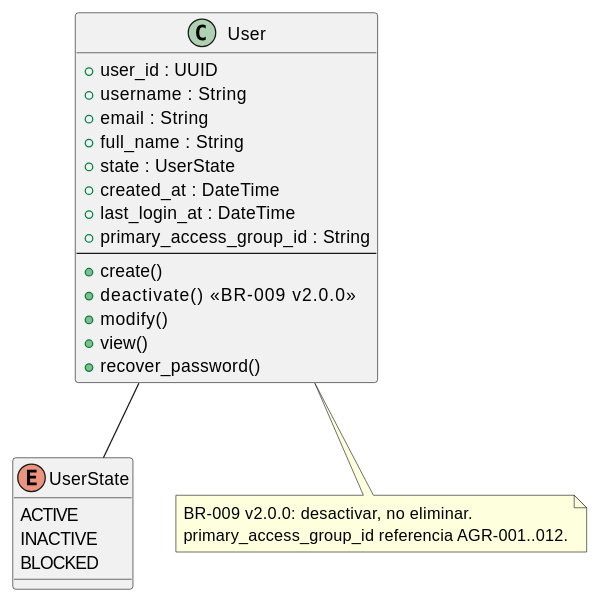
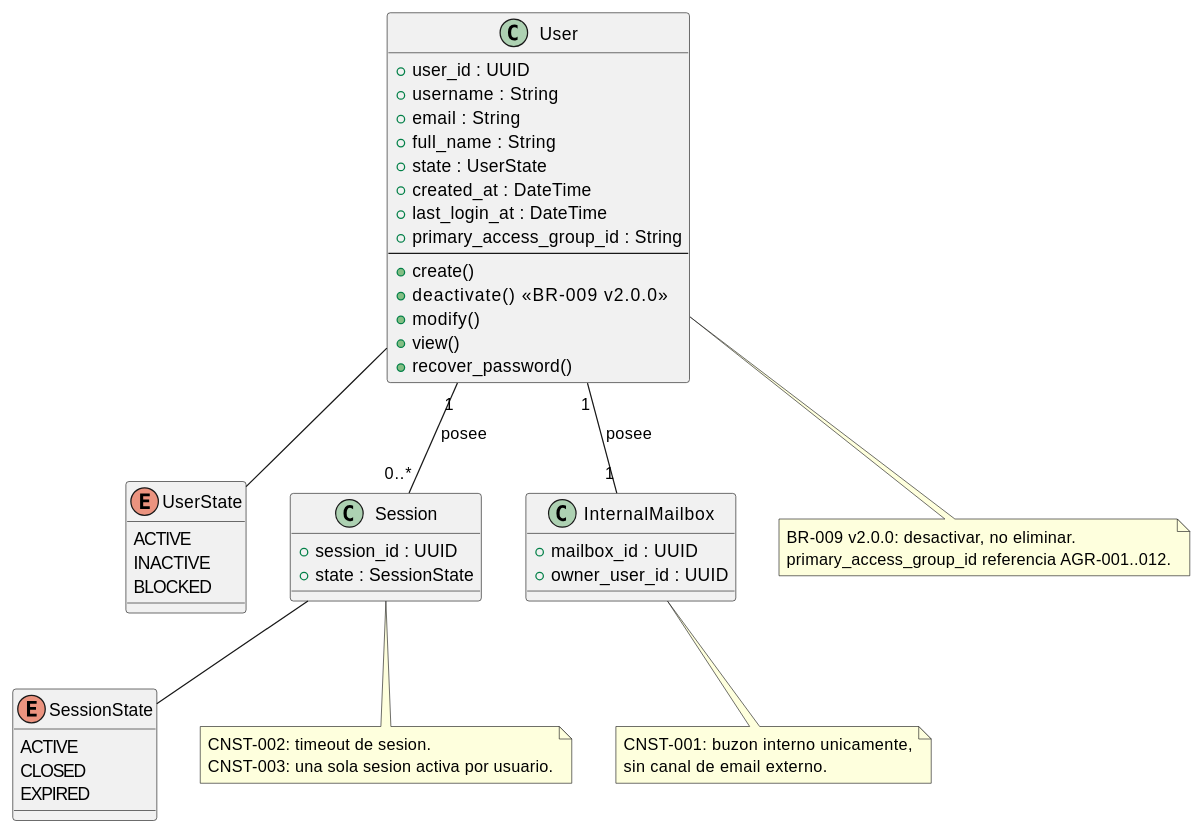
One commit to jcg-admin/IACT-docs changed the diagram in source/arquitectura-tecnica/domain-model/user.rst. Above: the diagram before and after it, drawn with PlantUML. The commit also changed other lines of this file and 51 other files, not shown here.

```diff
--- a/source/arquitectura-tecnica/domain-model/user.rst
+++ b/source/arquitectura-tecnica/domain-model/user.rst
@@ -25,36 +25,65 @@
 .. uml::
  :caption: Clase User — entidad de identidad del sistema IACT.
 
  @startuml
 
  class User {
    + user_id : UUID
    + username : String
    + email : String
    + full_name : String
    + state : UserState
    + created_at : DateTime
    + last_login_at : DateTime
    + primary_access_group_id : String
    --
    + create()
    + deactivate()       <<BR-009 v2.0.0>>
    + modify()
    + view()
    + recover_password()
  }
 
  enum UserState {
    ACTIVE
    INACTIVE
    BLOCKED
  }
 
+ class Session {
+   + session_id : UUID
+   + state : SessionState
+ }
+
+ class InternalMailbox {
+   + mailbox_id : UUID
+   + owner_user_id : UUID
+ }
+
+ enum SessionState {
+   ACTIVE
+   CLOSED
+   EXPIRED
+ }
+
  User -- UserState
+ User "1" -- "0..*" Session            : posee
+ User "1" -- "1"    InternalMailbox    : posee
+ Session -- SessionState
 
  note bottom of User
    BR-009 v2.0.0: desactivar, no eliminar.
    primary_access_group_id referencia AGR-001..012.
  end note
 
+ note bottom of Session
+   CNST-002: timeout de sesion.
+   CNST-003: una sola sesion activa por usuario.
+ end note
+
+ note bottom of InternalMailbox
+   CNST-001: buzon interno unicamente,
+   sin canal de email externo.
+ end note
+
  @enduml
```
